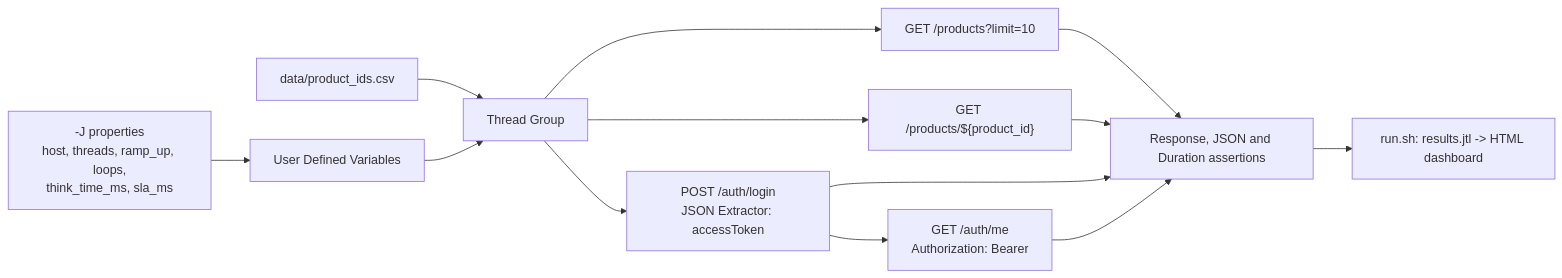
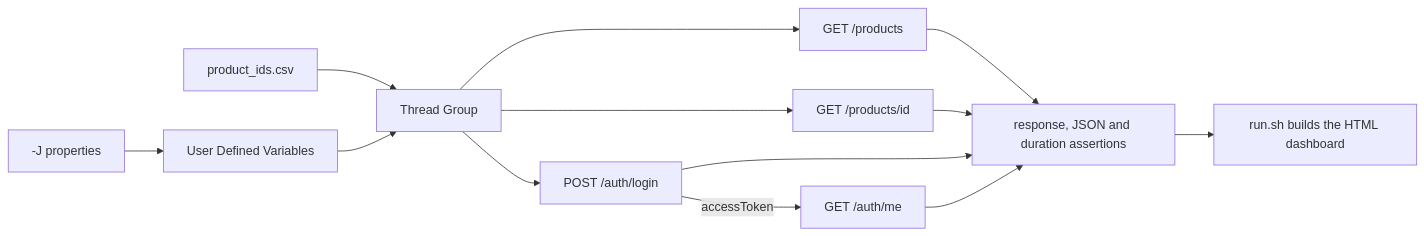
Before and after one commit to EarlFernandes/qa-automation-portfolio: the fifth of 9 diagrams in docs/architecture.md, drawn with Mermaid. The commit also changed other lines of this file and 35 other files, not shown here.

````diff
--- a/docs/architecture.md
+++ b/docs/architecture.md
@@ -76,12 +75,12 @@
 ```mermaid
 flowchart LR
-    PROPS["-J properties<br/>host, threads, ramp_up, loops,<br/>think_time_ms, sla_ms"] --> UDV["User Defined Variables"]
-    CSV["data/product_ids.csv"] --> TG["Thread Group"]
+    PROPS["-J properties"] --> UDV["User Defined Variables"]
+    CSV["product_ids.csv"] --> TG["Thread Group"]
     UDV --> TG
-    TG --> S1["GET /products?limit=10"]
-    TG --> S2["GET /products/${product_id}"]
-    TG --> S3["POST /auth/login<br/>JSON Extractor: accessToken"]
-    S3 --> S4["GET /auth/me<br/>Authorization: Bearer"]
-    S1 & S2 & S3 & S4 --> ASSERT["Response, JSON and Duration assertions"]
-    ASSERT --> DASH["run.sh: results.jtl -> HTML dashboard"]
+    TG --> S1["GET /products"]
+    TG --> S2["GET /products/id"]
+    TG --> S3["POST /auth/login"]
+    S3 -->|"accessToken"| S4["GET /auth/me"]
+    S1 & S2 & S3 & S4 --> ASSERT["response, JSON and duration assertions"]
+    ASSERT --> DASH["run.sh builds the HTML dashboard"]
 ```
````
